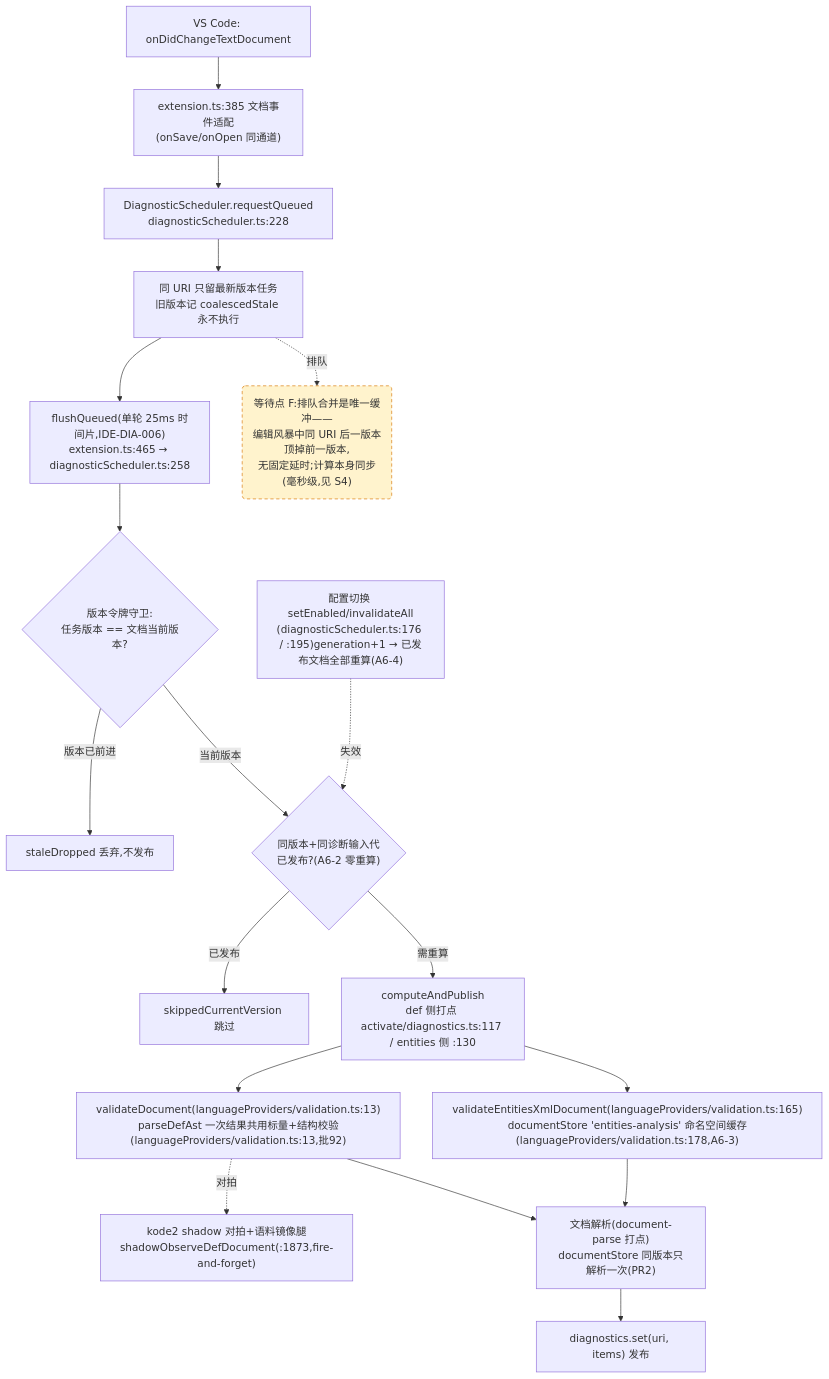
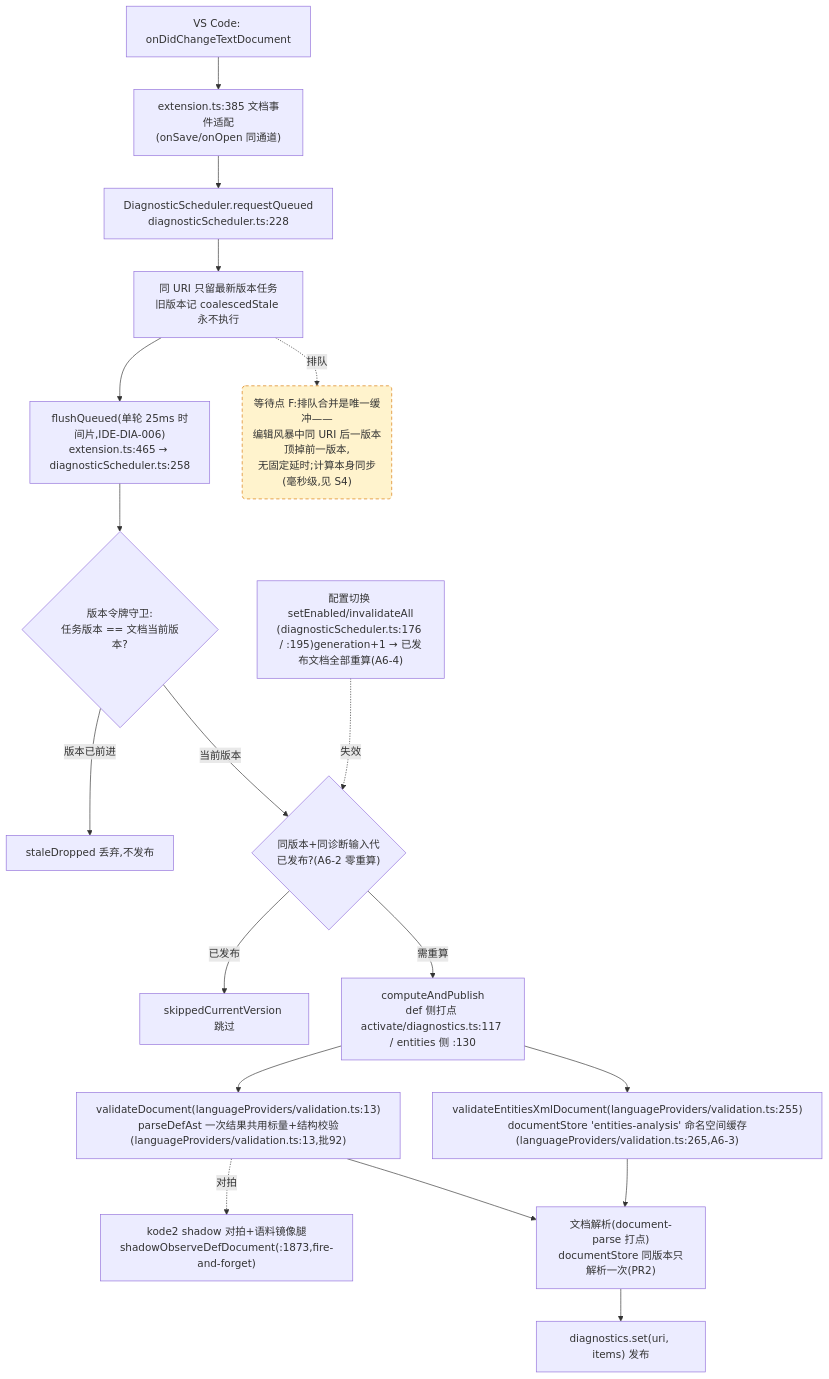
One commit to cuihairu/kode changed the fourth of 4 diagrams in docs/perf/2026-baseline.md. Above: the diagram before and after it, drawn with Mermaid. The commit also changed 13 other files, not shown here.

````diff
--- a/docs/perf/2026-baseline.md
+++ b/docs/perf/2026-baseline.md
@@ -214,38 +214,38 @@
 ```mermaid
 flowchart TD
   CHG["VS Code: onDidChangeTextDocument"]
   WATCH["extension.ts:385 文档事件适配<br/>(onSave/onOpen 同通道)"]
   RQ["DiagnosticScheduler.requestQueued<br/>diagnosticScheduler.ts:228"]
   CO["同 URI 只留最新版本任务<br/>旧版本记 coalescedStale 永不执行"]
   FL["flushQueued(单轮 25ms 时间片,IDE-DIA-006)<br/>extension.ts:465 → diagnosticScheduler.ts:258"]
   VG{"版本令牌守卫:<br/>任务版本 == 文档当前版本?"}
   DROP["staleDropped 丢弃,不发布"]
   GEN{"同版本+同诊断输入代<br/>已发布?(A6-2 零重算)"}
   SKIP["skippedCurrentVersion 跳过"]
   CALC["computeAndPublish<br/>def 侧打点 activate/diagnostics.ts:117 / entities 侧 :130"]
   VD["validateDocument(languageProviders/validation.ts:13)<br/>parseDefAst 一次结果共用标量+结构校验(languageProviders/validation.ts:13,批92)"]
-  VEX["validateEntitiesXmlDocument(languageProviders/validation.ts:165)<br/>documentStore 'entities-analysis' 命名空间缓存(languageProviders/validation.ts:178,A6-3)"]
+  VEX["validateEntitiesXmlDocument(languageProviders/validation.ts:255)<br/>documentStore 'entities-analysis' 命名空间缓存(languageProviders/validation.ts:265,A6-3)"]
   SHDD["kode2 shadow 对拍+语料镜像腿<br/>shadowObserveDefDocument(:1873,fire-and-forget)"]
   DS["文档解析(document-parse 打点)<br/>documentStore 同版本只解析一次(PR2)"]
   PUB["diagnostics.set(uri, items) 发布"]
   CFG2["配置切换 setEnabled/invalidateAll<br/>(diagnosticScheduler.ts:176 / :195)generation+1 → 已发布文档全部重算(A6-4)"]
 
   CHG --> WATCH --> RQ --> CO --> FL --> VG
   VG -- "版本已前进" --> DROP
   VG -- "当前版本" --> GEN
   GEN -- "已发布" --> SKIP
   GEN -- "需重算" --> CALC
   CALC --> VD
   CALC --> VEX
   VD --> DS
   VEX --> DS
   DS --> PUB
   VD -.->|对拍| SHDD
   CFG2 -.->|失效| GEN
 
   WAITF("等待点 F:排队合并是唯一缓冲——<br/>编辑风暴中同 URI 后一版本顶掉前一版本,<br/>无固定延时;计算本身同步(毫秒级,见 S4)")
   CO -.->|排队| WAITF
 
   classDef waitPoint fill:#fff3cd,stroke:#d97706,stroke-dasharray:5 4;
   class WAITF waitPoint;
 ```
````
